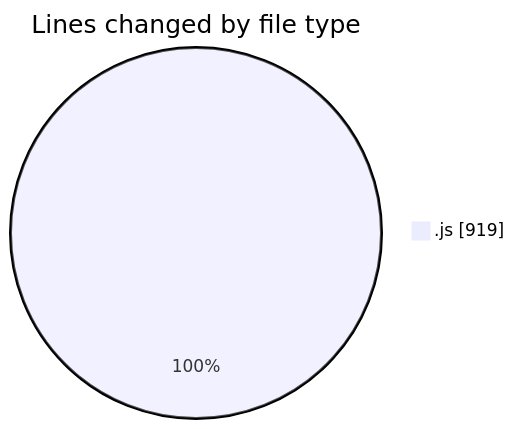
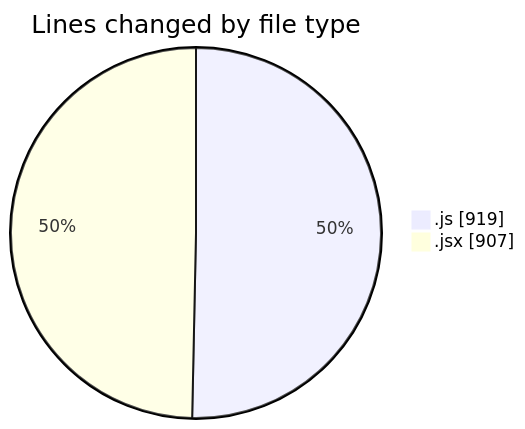
Before and after one commit to nxtqubesakshisongat/code-tracking: the first of 2 diagrams in 2025-07-23/nxtqube_webapp/README.md, drawn with Mermaid. The commit also changed other lines of this file and 1 other file, not shown here.

````diff
--- a/2025-07-23/nxtqube_webapp/README.md
+++ b/2025-07-23/nxtqube_webapp/README.md
@@ -20,5 +21,6 @@
 ```mermaid
 pie showData
 title Lines changed by file type
 ".js" : 919
+".jsx" : 907
 ```
````
